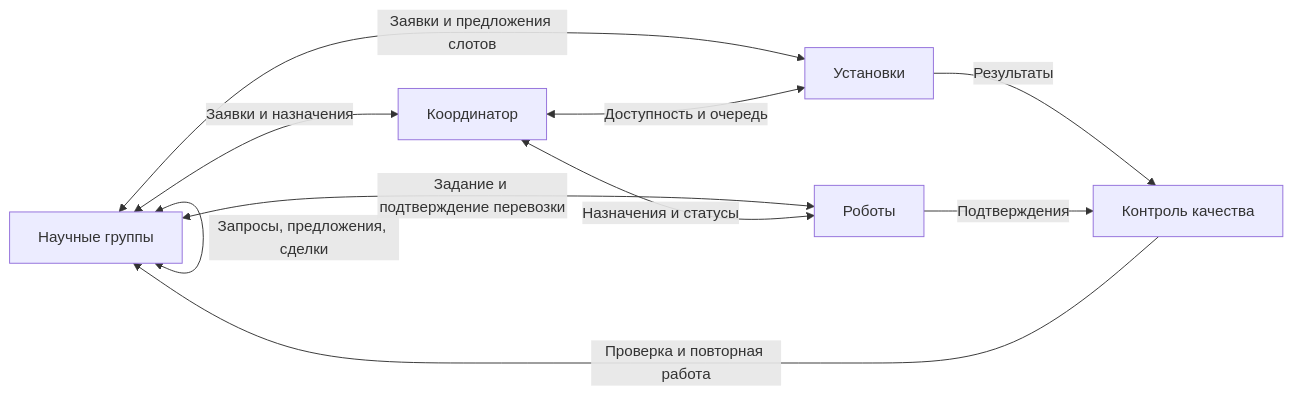
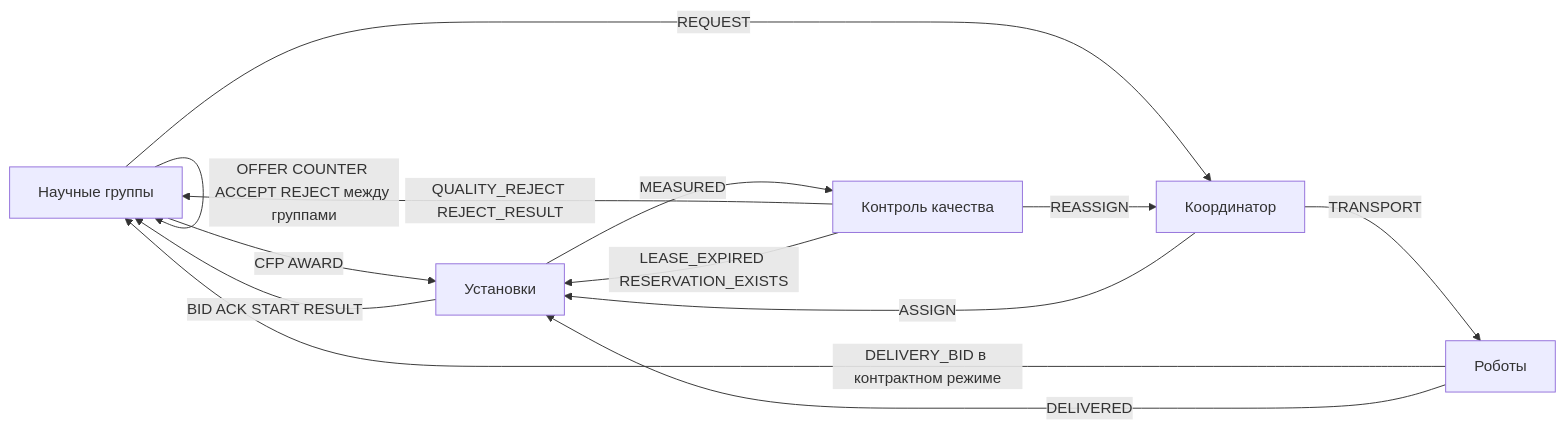
Before and after one commit to ColdmanAnt/spectr-multiagent-lab: the first of 2 diagrams in docs/architecture.md, drawn with Mermaid. The commit also changed other lines of this file and 1 other file, not shown here.

Commit message:
Уточнить архитектуру и документировать повторную проверку

````diff
--- a/docs/architecture.md
+++ b/docs/architecture.md
@@ -25,12 +25,15 @@
 ```mermaid
 flowchart LR
-  G[Научные группы] <-->|Запросы, предложения, сделки| G
-  G <-->|Заявки и предложения слотов| E[Установки]
-  G <-->|Задание и подтверждение перевозки| R[Роботы]
-  G <-->|Заявки и назначения| C[Координатор]
-  C <-->|Доступность и очередь| E
-  C <-->|Назначения и статусы| R
-  E -->|Результаты| Q[Контроль качества]
-  R -->|Подтверждения| Q
-  Q -->|Проверка и повторная работа| G
+  G[Научные группы] -->|OFFER COUNTER ACCEPT REJECT между группами| G
+  G -->|CFP AWARD| E[Установки]
+  E -->|BID ACK START RESULT| G
+  R[Роботы] -->|DELIVERY_BID в контрактном режиме| G
+  R -->|DELIVERED| E
+  G -->|REQUEST| C[Координатор]
+  C -->|ASSIGN| E
+  C -->|TRANSPORT| R
+  E -->|MEASURED| Q[Контроль качества]
+  Q -->|QUALITY_REJECT REJECT_RESULT| G
+  Q -->|LEASE_EXPIRED RESERVATION_EXISTS| E
+  Q -->|REASSIGN| C
 ```
````
